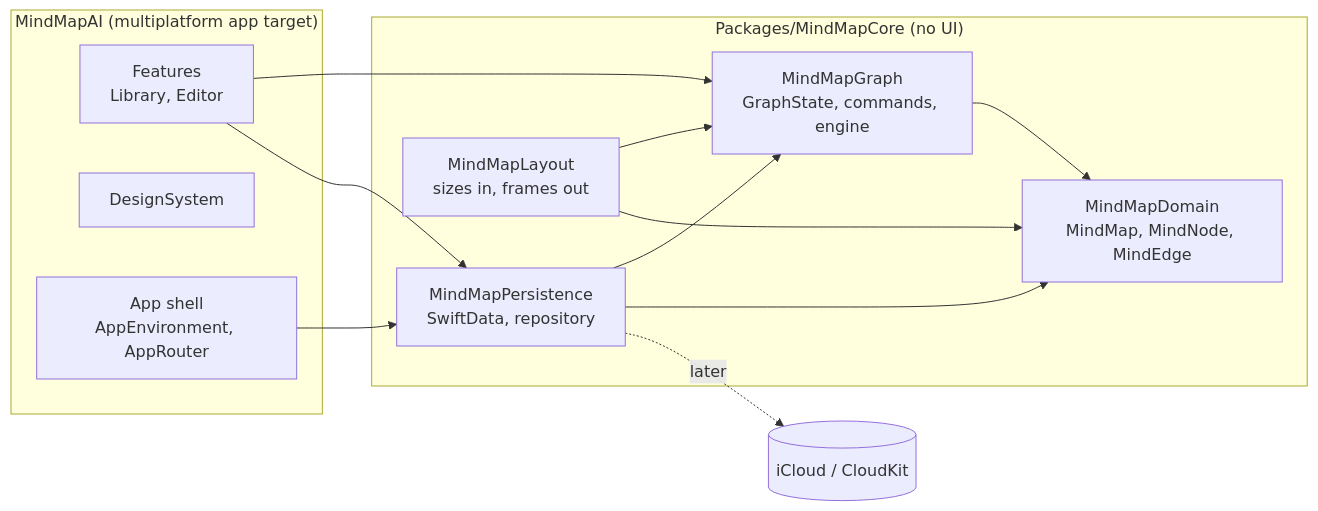
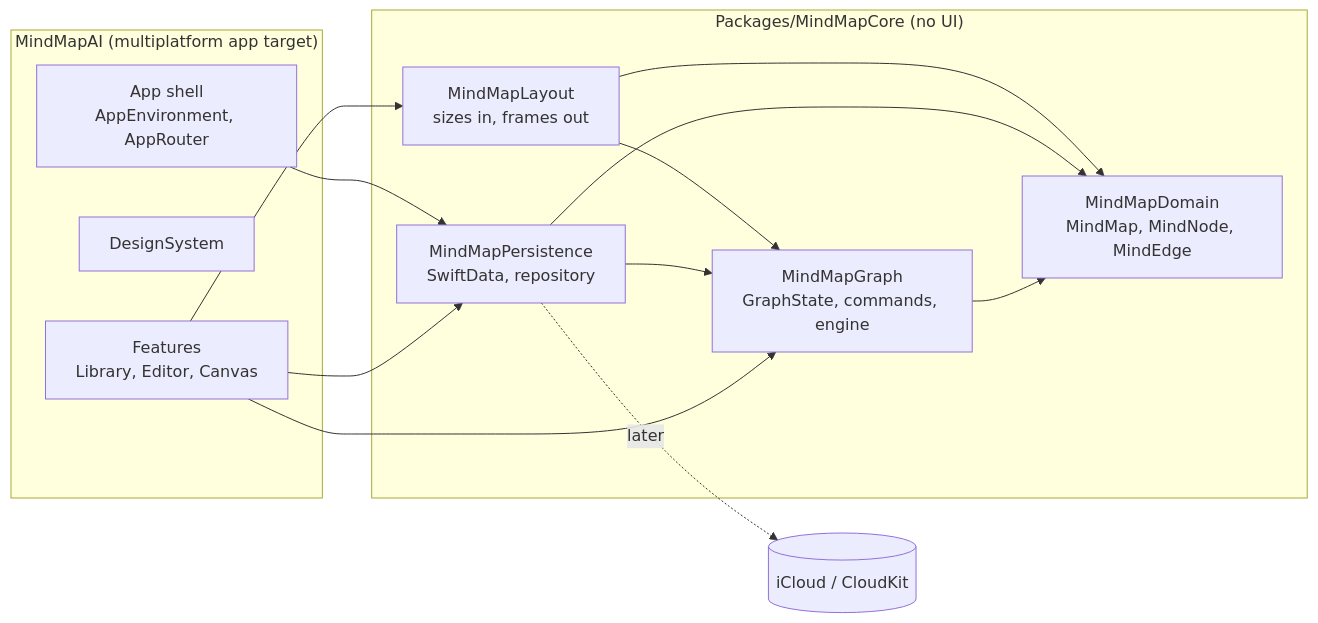
One commit to tdduydev/xdev-mindmap-ai changed the diagram in docs/architecture.md. Above: the diagram before and after it, drawn with Mermaid. The commit also changed other lines of this file and 25 other files, not shown here.

````diff
--- a/docs/architecture.md
+++ b/docs/architecture.md
@@ -5,23 +5,24 @@
 ```mermaid
 flowchart LR
   subgraph App["MindMapAI (multiplatform app target)"]
-    Features["Features<br/>Library, Editor"]
+    Features["Features<br/>Library, Editor, Canvas"]
     DS["DesignSystem"]
     Shell["App shell<br/>AppEnvironment, AppRouter"]
   end
   subgraph Core["Packages/MindMapCore (no UI)"]
     Domain["MindMapDomain<br/>MindMap, MindNode, MindEdge"]
     Graph["MindMapGraph<br/>GraphState, commands, engine"]
     Persistence["MindMapPersistence<br/>SwiftData, repository"]
     Layout["MindMapLayout<br/>sizes in, frames out"]
   end
   Features --> Graph
   Features --> Persistence
+  Features --> Layout
   Shell --> Persistence
   Graph --> Domain
   Persistence --> Graph
   Persistence --> Domain
   Layout --> Graph
   Layout --> Domain
   Persistence -.later.-> CloudKit[(iCloud / CloudKit)]
 ```
````
